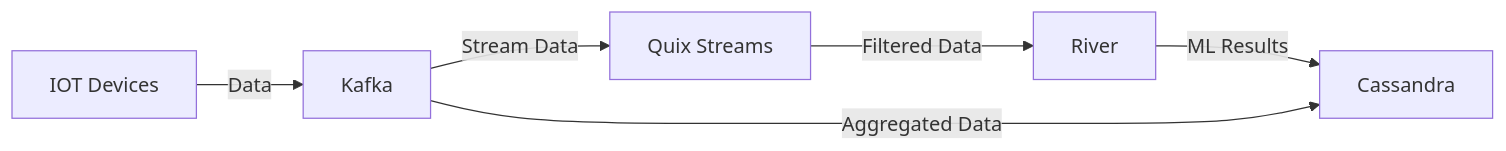
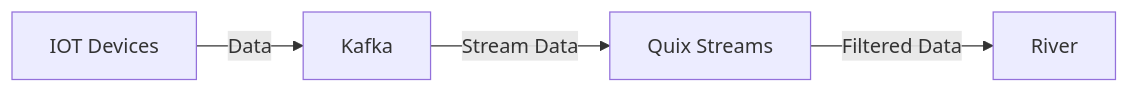
Before and after one commit to deepblue597/beaver: the diagram in README.md, drawn with Mermaid. The commit also changed other lines of this file and 1 other file, not shown here.

````diff
--- a/README.md
+++ b/README.md
@@ -93,8 +277,6 @@
 ```mermaid
 graph LR
     IOT[IOT Devices] -->|Data| Kafka
     Kafka -->|Stream Data| Quix[Quix Streams]
     Quix -->|Filtered Data| River
-	River -->|ML Results| Cassandra
-    Kafka --> |Aggregated Data| Cassandra
 ```
````
